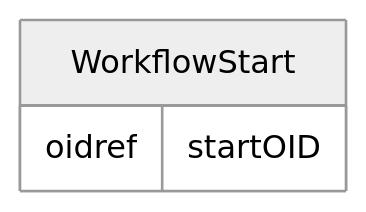
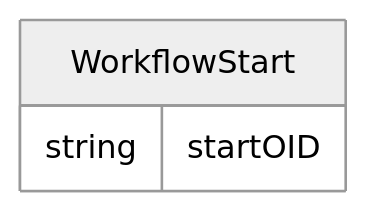
Before and after one commit to cdisc-org/DataExchange-ODM-LinkML: the diagram in docs/WorkflowStart.md, drawn with Mermaid (neutral theme). The commit also changed other lines of this file and 338 other files, not shown here.

````diff
--- a/docs/WorkflowStart.md
+++ b/docs/WorkflowStart.md
@@ -11,9 +11,9 @@
 ```mermaid
 erDiagram
 WorkflowStart {
-    oidref startOID  
+    string startOID  
 }
 
 
 
 ```
````
